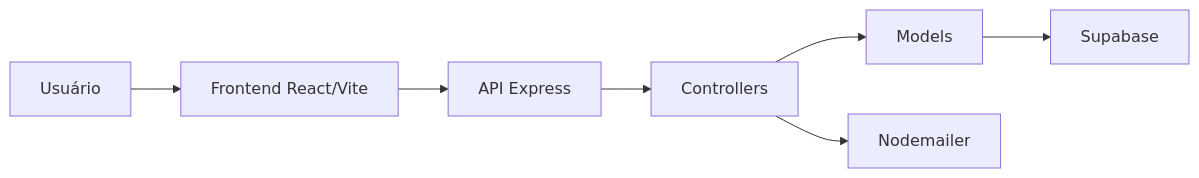
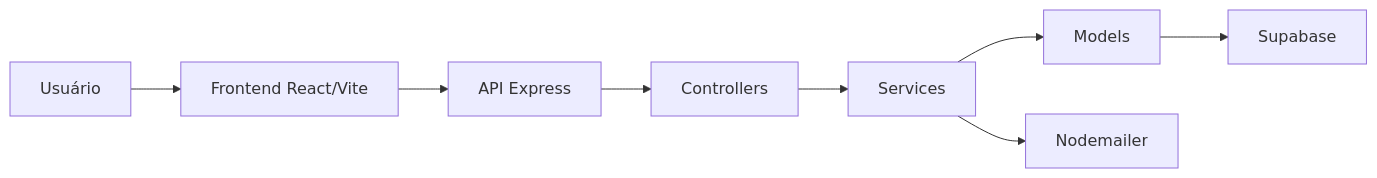
Before and after one commit to tropa-livresca/tropa-livresca: the diagram in docs/arquitetura.md, drawn with Mermaid. The commit also changed other lines of this file and 10 other files, not shown here.

````diff
--- a/docs/arquitetura.md
+++ b/docs/arquitetura.md
@@ -16,9 +24,10 @@
 ```mermaid
 flowchart LR
     A[Usuário] --> B[Frontend React/Vite]
     B --> C[API Express]
     C --> D[Controllers]
-    D --> E[Models]
-    E --> F[Supabase]
-    D --> G[Nodemailer]
+    D --> E[Services]
+    E --> F[Models]
+    F --> G[Supabase]
+    E --> H[Nodemailer]
 ```
````
